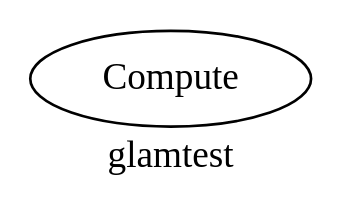
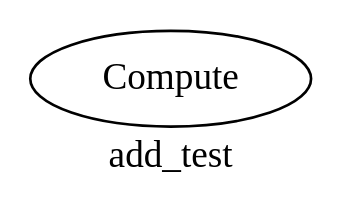
One commit to yamanbey/glam changed the diagram in input/add.dot. Above: the diagram before and after it, drawn with Graphviz. The commit also changed 6 other files, not shown here.

Commit message:
Boost graph level representation of counter based conditional branches implemented

```diff
--- a/input/add.dot
+++ b/input/add.dot
@@ -1,6 +1,6 @@
 digraph add {
   1 [label="Compute",data_type=float,distance=1,operation=add,length=16,dependency=RAW]
   module_name="add"
   function_name="float_add"
-  label="glamtest"
+  label="add_test"
 }
```
